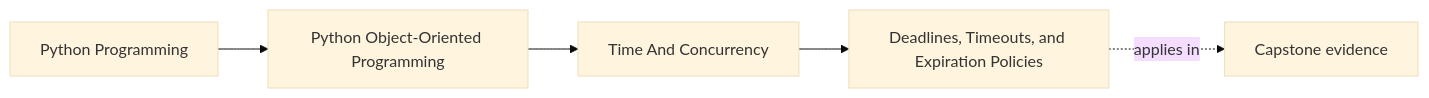
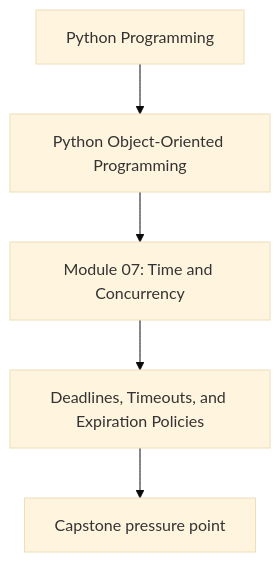
Before and after one commit to bijux/bijux-masterclass: the first of 2 diagrams in programs/python-programming/python-object-oriented-programming/course-book/module-07-time-and-concurrency/deadlines-timeouts-and-expiration-policies.md, drawn with Mermaid (base theme). The commit also changed other lines of this file and 107 other files, not shown here.

Commit message:
docs(python-object-oriented-programming): align concept page diagrams

````diff
--- a/programs/python-programming/python-object-oriented-programming/course-book/module-07-time-and-concurrency/deadlines-timeouts-and-expiration-policies.md
+++ b/programs/python-programming/python-object-oriented-programming/course-book/module-07-time-and-concurrency/deadlines-timeouts-and-expiration-policies.md
@@ -7,11 +7,7 @@
 ```mermaid
-graph LR
-  family["Python Programming"]
-  program["Python Object-Oriented Programming"]
-  section["Time And Concurrency"]
-  page["Deadlines, Timeouts, and Expiration Policies"]
-  capstone["Capstone evidence"]
-
-  family --> program --> section --> page
-  page -.applies in.-> capstone
+flowchart TD
+  family["Python Programming"] --> program["Python Object-Oriented Programming"]
+  program --> module["Module 07: Time and Concurrency"]
+  module --> concept["Deadlines, Timeouts, and Expiration Policies"]
+  concept --> capstone["Capstone pressure point"]
 ```
````
